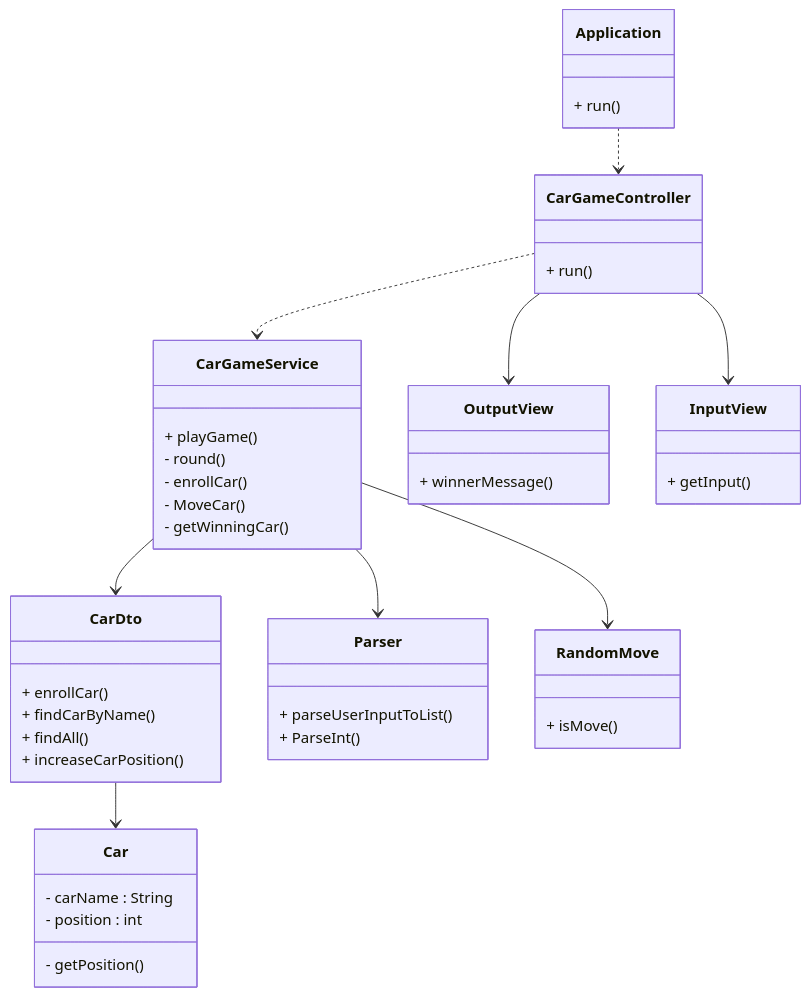
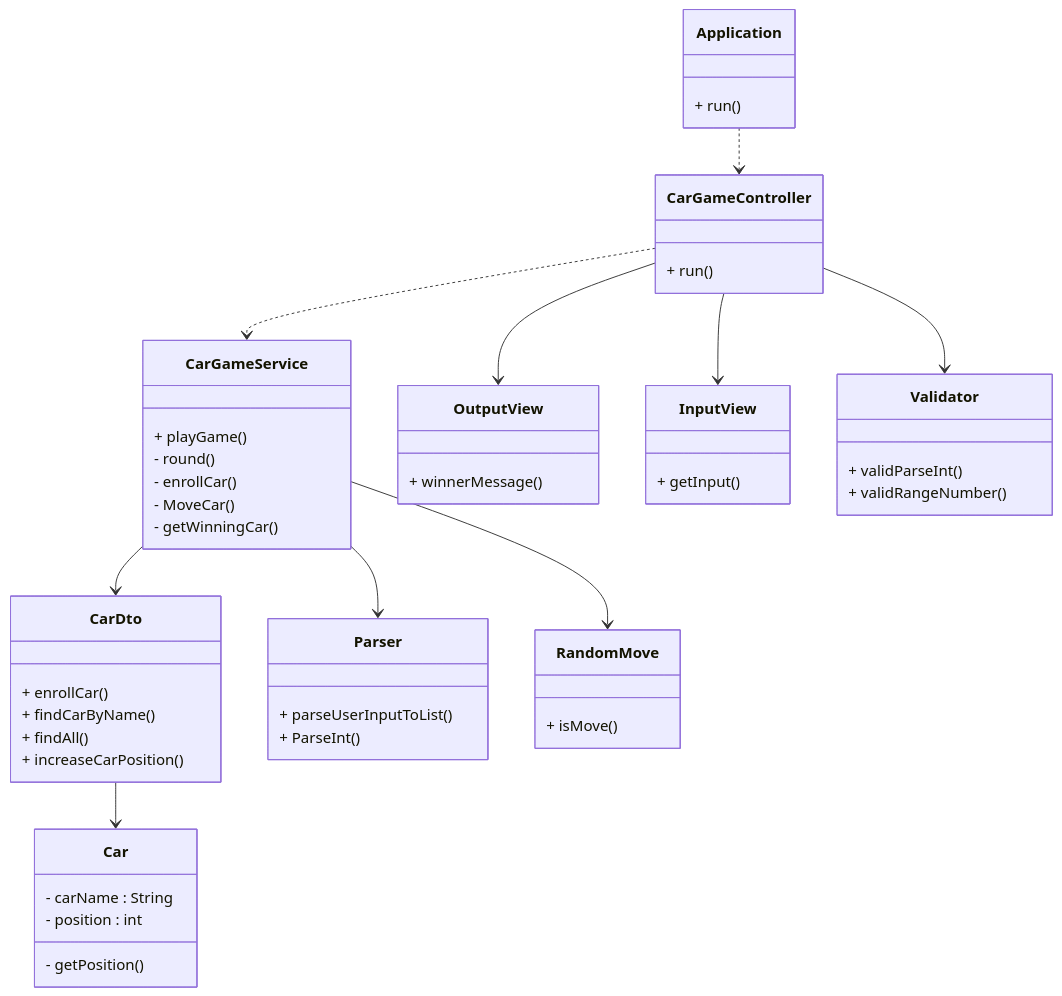
The diagram in docs/README.md (woowacourse-precourse/java-racingcar-6), drawn with Mermaid before and after one commit. The commit also changed other lines of this file, not shown here.

Commit message:
docs: Validator 클래스 구조 추가

````diff
--- a/docs/README.md
+++ b/docs/README.md
@@ -14,60 +14,66 @@
 ```mermaid
 classDiagram
     Application ..> CarGameController
     CarGameController ..> CarGameService
     CarGameController --> OutputView
     CarGameController --> InputView
+    CarGameController --> Validator
     
     CarGameService --> CarDto
     CarGameService --> Parser
     CarGameService --> RandomMove
 
     CarDto --> Car
     
     class Application {
         + run()
     }
     %% controller 
     class CarGameController {
         + run()
     }
-    %% view
+    %% util
     class CarGameService {
         + playGame()
         - round()
         - enrollCar()
         - MoveCar()
         - getWinningCar()
     }
     
     class CarDto {
         + enrollCar()
         + findCarByName()
         + findAll()
         + increaseCarPosition()
     }
     
     class InputView {
         + getInput()
     }
     
     class OutputView {
         + winnerMessage()
     }
     
     class Car {
         - carName : String
         - position : int
         - getPosition()
     }
 
     class RandomMove {
         + isMove()
     }
     
     class Parser {
         + parseUserInputToList()
         + ParseInt()
     }
+
+    class Validator {
+        + validParseInt()
+        + validRangeNumber()
+    }
     
 ```
````
